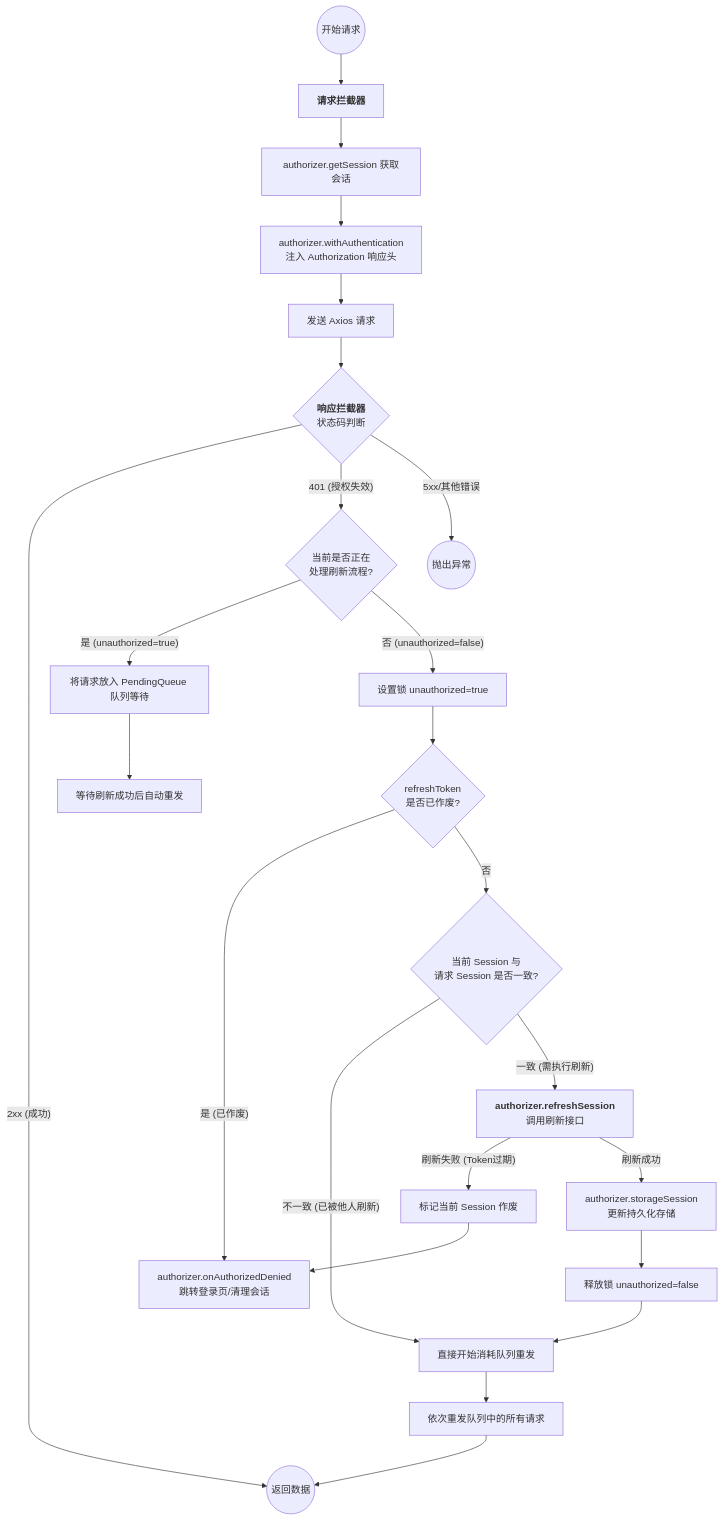
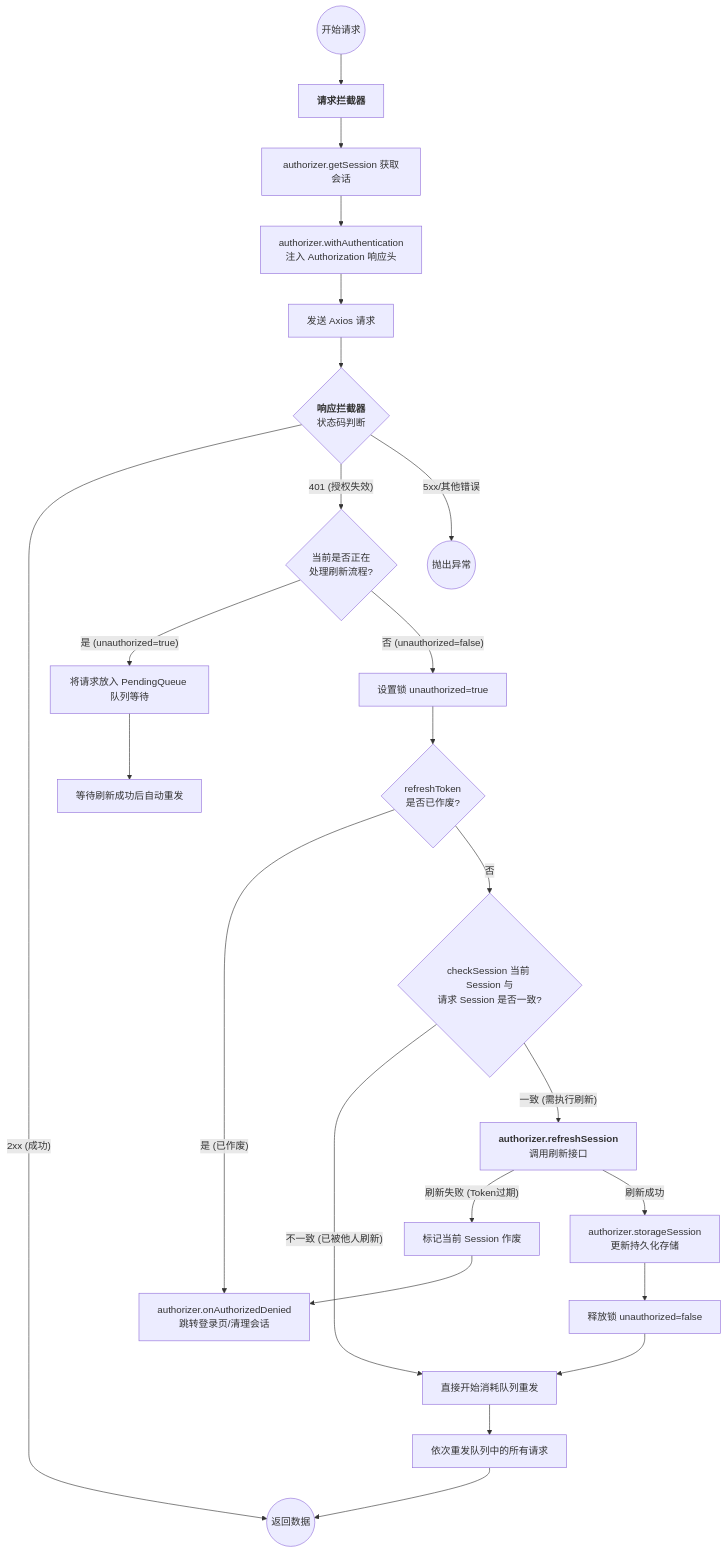
Before and after one commit to sitorhy/axios-annotations: the diagram in README.md, drawn with Mermaid. The commit also changed other lines of this file and 2 other files, not shown here.

````diff
--- a/README.md
+++ b/README.md
@@ -925,44 +934,44 @@
 ```mermaid
 graph TD
     %% 请求拦截器部分
     Start((开始请求)) --> ReqInterceptor[<b>请求拦截器</b>]
     ReqInterceptor --> GetSession[authorizer.getSession 获取会话]
     GetSession --> InjectHeader[authorizer.withAuthentication<br/>注入 Authorization 响应头]
     InjectHeader --> SendRequest[发送 Axios 请求]
 
     %% 响应拦截器部分
     SendRequest --> RespInterceptor{<b>响应拦截器</b><br/>状态码判断}
     RespInterceptor -- "2xx (成功)" --> Success((返回数据))
     
     RespInterceptor -- "401 (授权失效)" --> CheckUnauthorized{当前是否正在<br/>处理刷新流程?}
     
     %% 队列逻辑
     CheckUnauthorized -- "是 (unauthorized=true)" --> QueueRequest[将请求放入 PendingQueue 队列等待]
     QueueRequest --> WaitRefresh[等待刷新成功后自动重发]
     
     %% 核心刷新逻辑
     CheckUnauthorized -- "否 (unauthorized=false)" --> SetLock[设置锁 unauthorized=true]
     SetLock --> CheckHistory{refreshToken<br/>是否已作废?}
     
     CheckHistory -- "是 (已作废)" --> Denied[authorizer.onAuthorizedDenied<br/>跳转登录页/清理会话]
     
-    CheckHistory -- "否" --> CheckSessionMatch{当前 Session 与<br/>请求 Session 是否一致?}
+    CheckHistory -- "否" --> CheckSessionMatch{checkSession 当前 Session 与<br/>请求 Session 是否一致?}
     
     %% 避免重复刷新
     CheckSessionMatch -- "不一致 (已被他人刷新)" --> PopQueue[直接开始消耗队列重发]
     
     CheckSessionMatch -- "一致 (需执行刷新)" --> RefreshAction[<b>authorizer.refreshSession</b><br/>调用刷新接口]
     
     RefreshAction -- "刷新失败 (Token过期)" --> Deprecate[标记当前 Session 作废]
     Deprecate --> Denied
     
     RefreshAction -- "刷新成功" --> UpdateSession[authorizer.storageSession<br/>更新持久化存储]
     UpdateSession --> ReleaseLock[释放锁 unauthorized=false]
     ReleaseLock --> PopQueue
     
     PopQueue --> ResendAll[依次重发队列中的所有请求]
     ResendAll --> Success
 
     %% 其他错误
     RespInterceptor -- "5xx/其他错误" --> Error((抛出异常))
 ```
````
